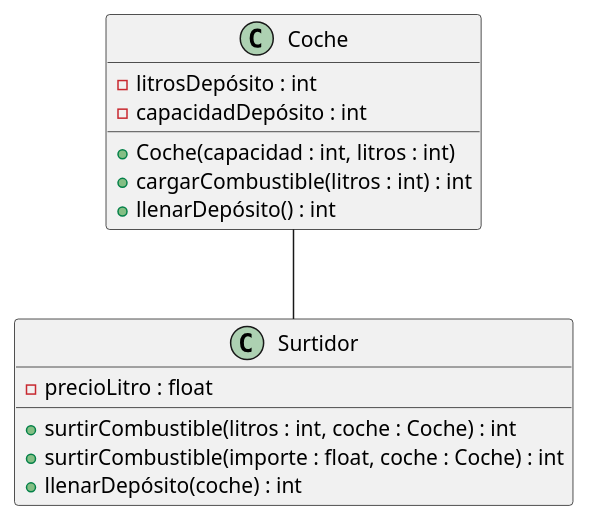
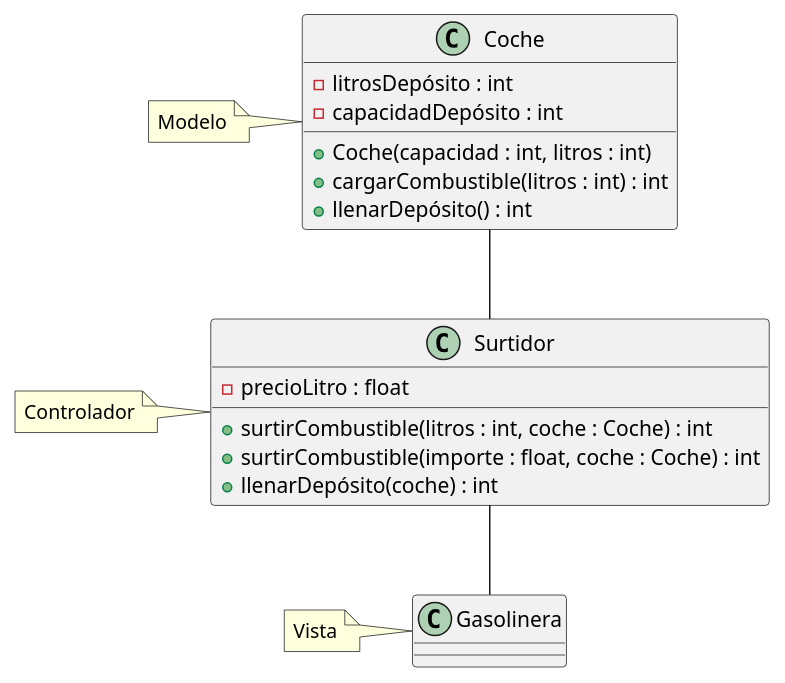
Before and after one commit to elprofesoremilio/mododebugon: the diagram in src/Gasolinera/v1/Gasolinera.puml, drawn with PlantUML. The commit also changed 3 other files, not shown here.

```diff
--- a/src/Gasolinera/v1/Gasolinera.puml
+++ b/src/Gasolinera/v1/Gasolinera.puml
@@ -1,20 +1,24 @@
 @startuml
+
 class Coche {
     - litrosDepósito : int
     - capacidadDepósito : int
 
     + Coche(capacidad : int, litros : int)
     + cargarCombustible(litros : int) : int
     + llenarDepósito() : int
 }
 
 class Surtidor {
     - precioLitro : float
 
     + surtirCombustible(litros : int, coche : Coche) : int
     + surtirCombustible(importe : float, coche : Coche) : int
     + llenarDepósito(coche) : int
 }
 Surtidor -u- Coche
-
+Gasolinera -u- Surtidor
+note left of Coche : Modelo
+note left of Surtidor : Controlador
+note left of Gasolinera : Vista
 @enduml
```
